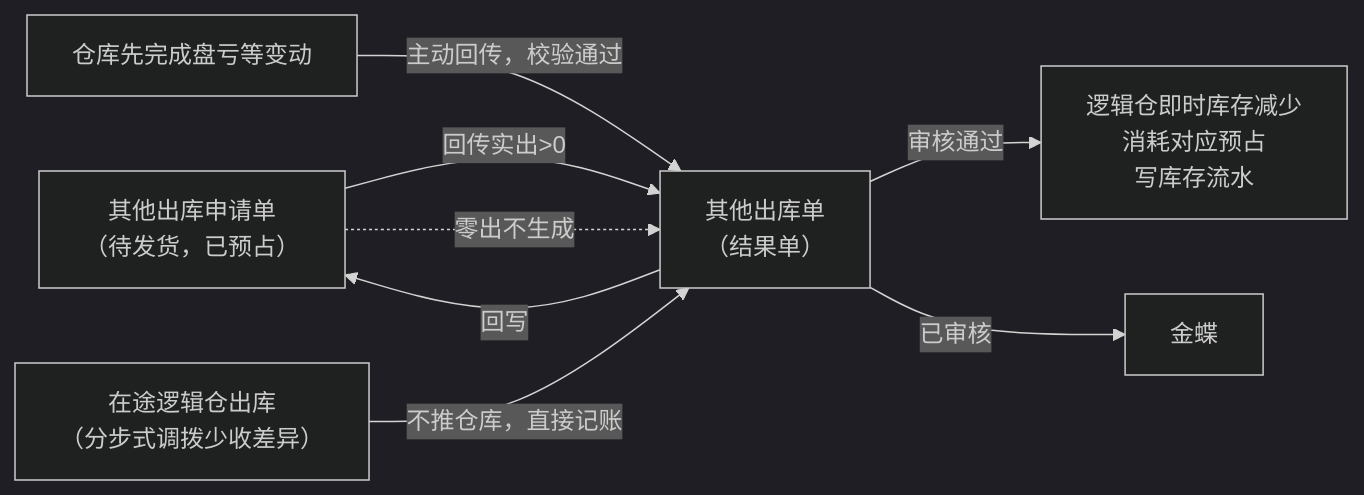
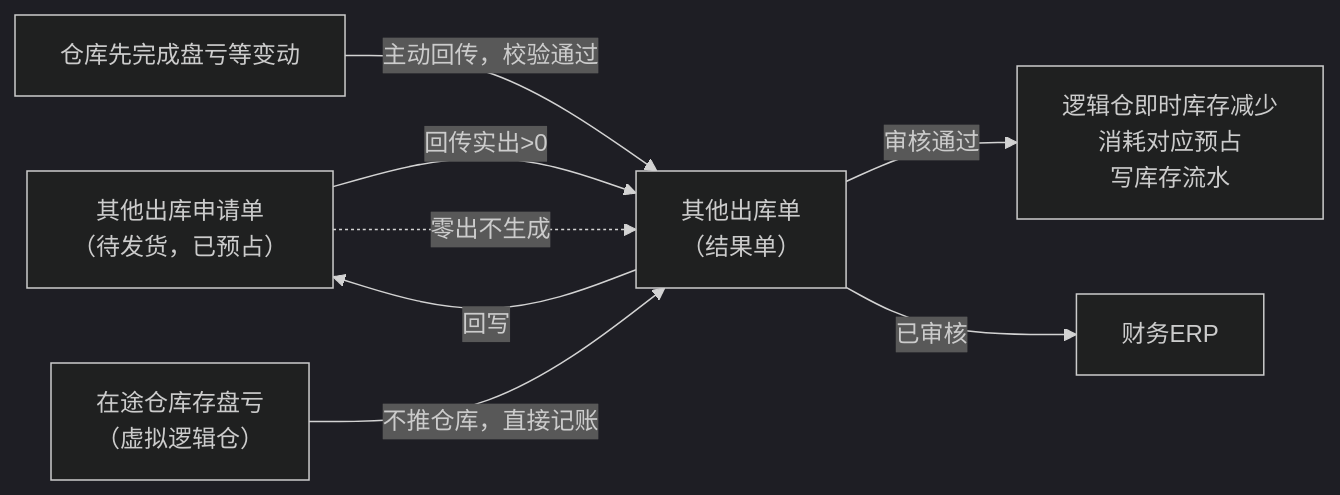
Before and after one commit to TopVitamin/QS-ERP-Project: the first of 3 diagrams in 04-产品设计方案/20260812-ERP项目第一版框架搭建/需求文档PRD/7-库存管理/其他出库单/其他出库单主PRD.md, drawn with Mermaid (dark theme). The commit also changed other lines of this file and 354 other files, not shown here.

````diff
--- a/04-产品设计方案/20260812-ERP项目第一版框架搭建/需求文档PRD/7-库存管理/其他出库单/其他出库单主PRD.md
+++ b/04-产品设计方案/20260812-ERP项目第一版框架搭建/需求文档PRD/7-库存管理/其他出库单/其他出库单主PRD.md
@@ -104,10 +107,10 @@
 ```mermaid
 flowchart LR
     A["其他出库申请单<br/>（待发货，已预占）"] -->|"回传实出>0"| B["其他出库单<br/>（结果单）"]
     C["仓库先完成盘亏等变动"] -->|"主动回传，校验通过"| B
     B -->|"审核通过"| D["逻辑仓即时库存减少<br/>消耗对应预占<br/>写库存流水"]
     B -->|"回写"| A
-    B -->|"已审核"| E["金蝶"]
+    B -->|"已审核"| E["财务ERP"]
     A -.->|"零出不生成"| B
-    F["在途逻辑仓出库<br/>（分步式调拨少收差异）"] -->|"不推仓库，直接记账"| B
+    F["在途仓库存盘亏<br/>（虚拟逻辑仓）"] -->|"不推仓库，直接记账"| B
 ```
````
